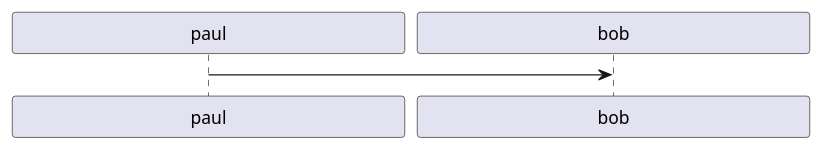
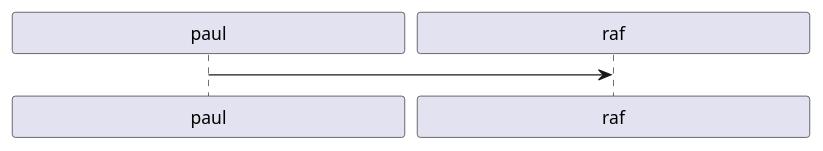
One commit to rafaelbrandaof/plantuml changed the diagram in src/plantuml/architecture/test2.puml. Above: the diagram before and after it, drawn with PlantUML.

```diff
--- a/src/plantuml/architecture/test2.puml
+++ b/src/plantuml/architecture/test2.puml
@@ -1,4 +1,4 @@
 @startuml
 skinparam minClassWidth 300
-paul->bob
+paul->raf
 @enduml
```
